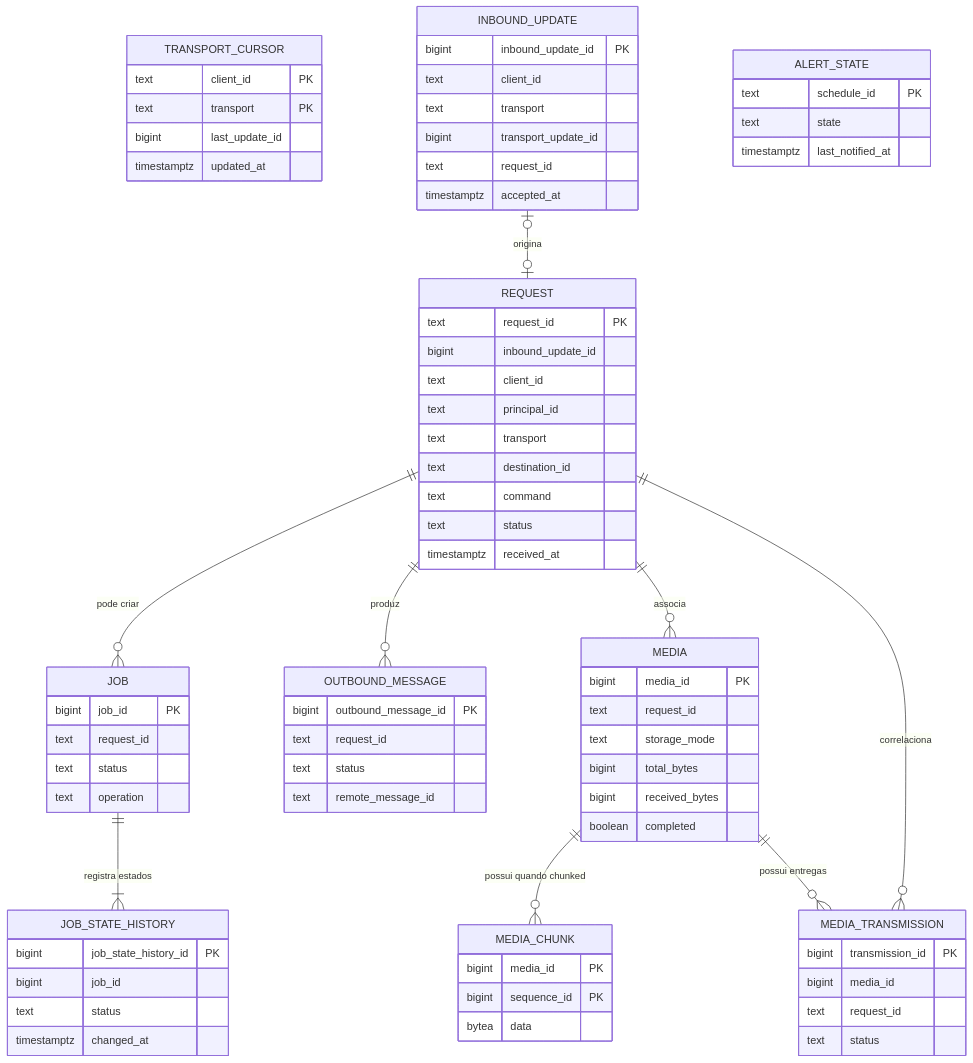
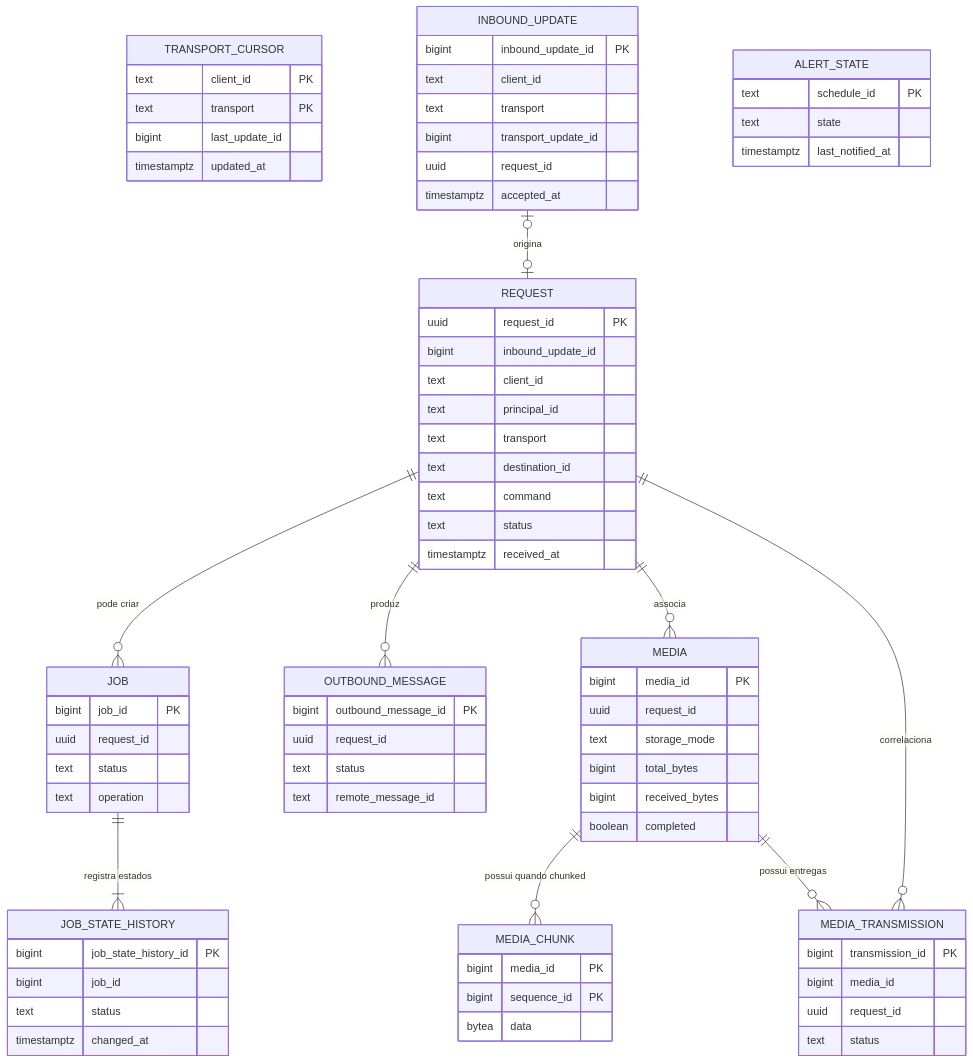
Before and after one commit to ahhvahh/a-bioma-sabia: the diagram in docs/especificacao/persistencia/relacionamentos-estado-operacional.md, drawn with Mermaid. The commit also changed other lines of this file, not shown here.

Commit message:
docs: alinhar relacionamentos ao UUID v4 e limpeza

```diff
--- a/docs/especificacao/persistencia/relacionamentos-estado-operacional.md
+++ b/docs/especificacao/persistencia/relacionamentos-estado-operacional.md
@@ -43,12 +43,12 @@
         text client_id
         text transport
         bigint transport_update_id
-        text request_id
+        uuid request_id
         timestamptz accepted_at
     }
 
     REQUEST {
-        text request_id PK
+        uuid request_id PK
         bigint inbound_update_id
         text client_id
         text principal_id
@@ -61,7 +61,7 @@
 
     JOB {
         bigint job_id PK
-        text request_id
+        uuid request_id
         text status
         text operation
     }
@@ -75,14 +75,14 @@
 
     OUTBOUND_MESSAGE {
         bigint outbound_message_id PK
-        text request_id
+        uuid request_id
         text status
         text remote_message_id
     }
 
     MEDIA {
         bigint media_id PK
-        text request_id
+        uuid request_id
         text storage_mode
         bigint total_bytes
         bigint received_bytes
@@ -98,7 +98,7 @@
     MEDIA_TRANSMISSION {
         bigint transmission_id PK
         bigint media_id
-        text request_id
+        uuid request_id
         text status
     }
 
```
